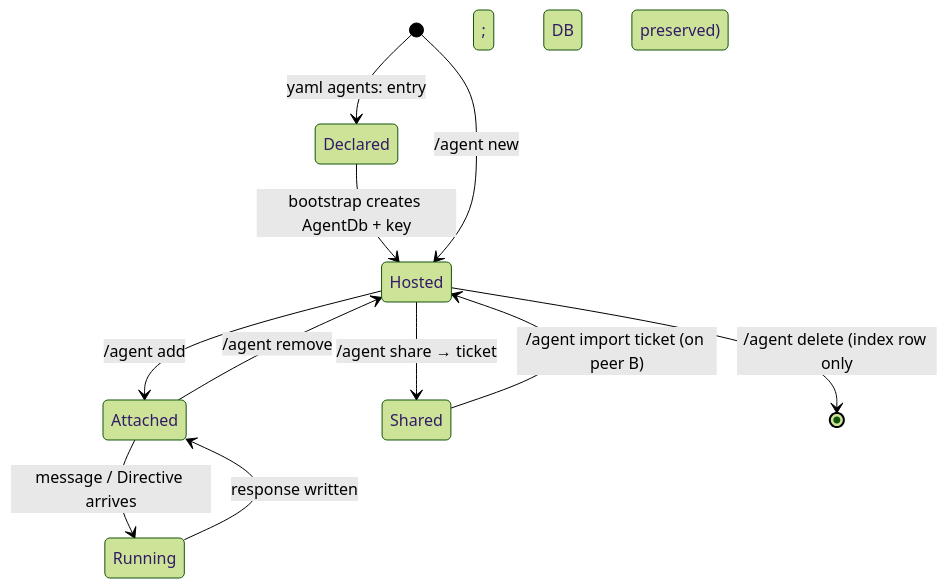
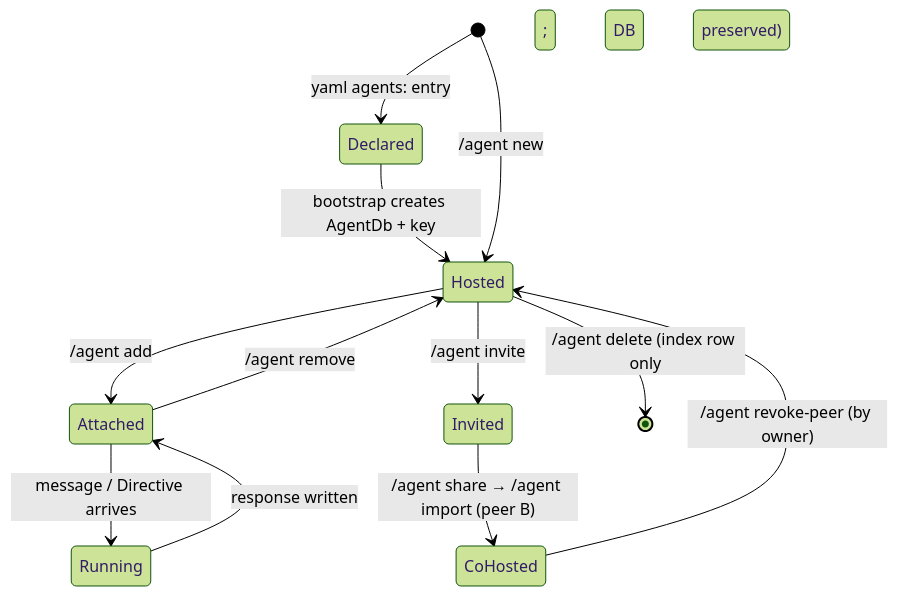
Before and after one commit to arcuru/chaz: the second of 4 diagrams in docs/src/user_guide/agents.md, drawn with Mermaid (forest theme). The commit also changed other lines of this file and 11 other files, not shown here.

````diff
--- a/docs/src/user_guide/agents.md
+++ b/docs/src/user_guide/agents.md
@@ -185,13 +201,14 @@
 ```mermaid
 stateDiagram-v2
     [*] --> Declared: yaml agents: entry
     Declared --> Hosted: bootstrap creates AgentDb + key
     [*] --> Hosted: /agent new <name>
     Hosted --> Attached: /agent add <ref>
     Attached --> Running: message / Directive arrives
     Running --> Attached: response written
     Attached --> Hosted: /agent remove <ref>
-    Hosted --> Shared: /agent share → ticket
-    Shared --> Hosted: /agent import ticket (on peer B)
+    Hosted --> Invited: /agent invite <peer-pubkey>
+    Invited --> CoHosted: /agent share → /agent import (peer B)
+    CoHosted --> Hosted: /agent revoke-peer (by owner)
     Hosted --> [*]: /agent delete (index row only; DB preserved)
 ```
````
